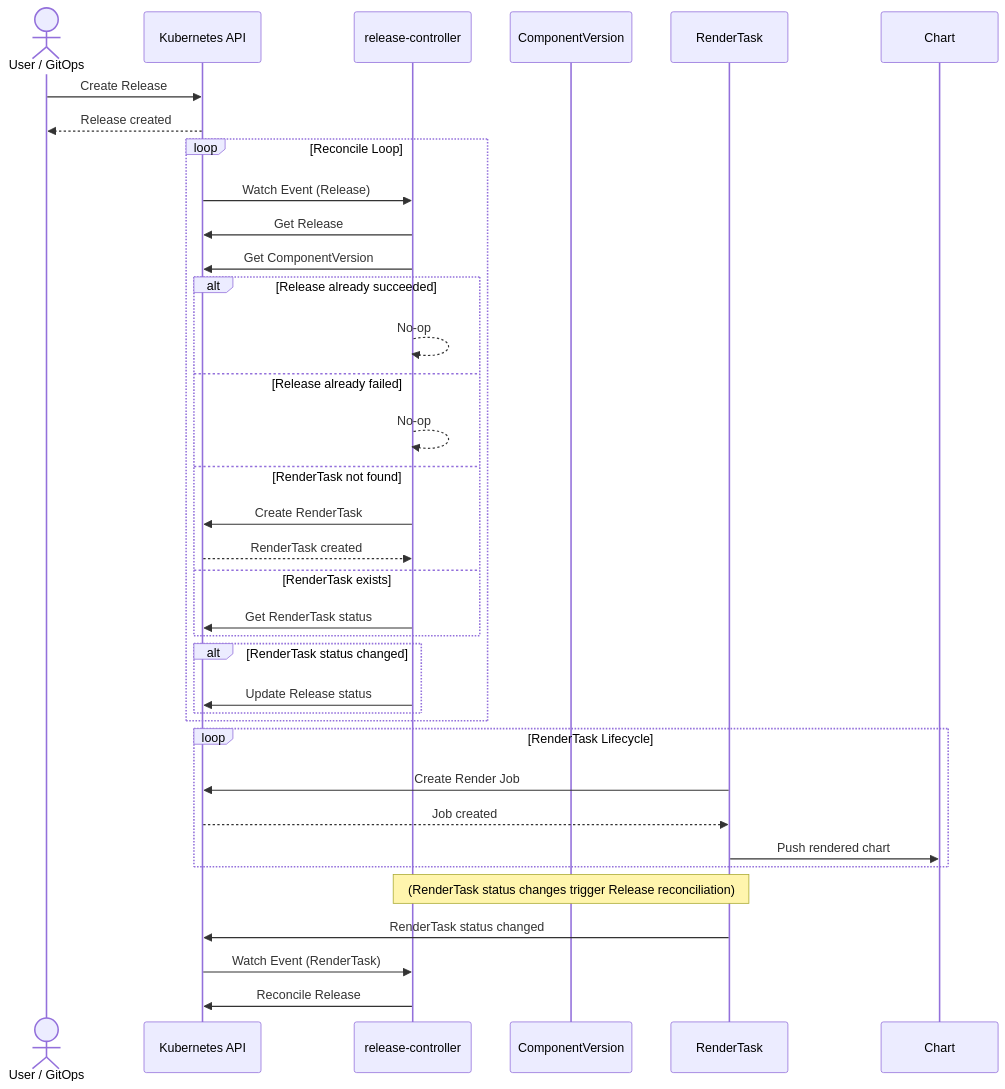
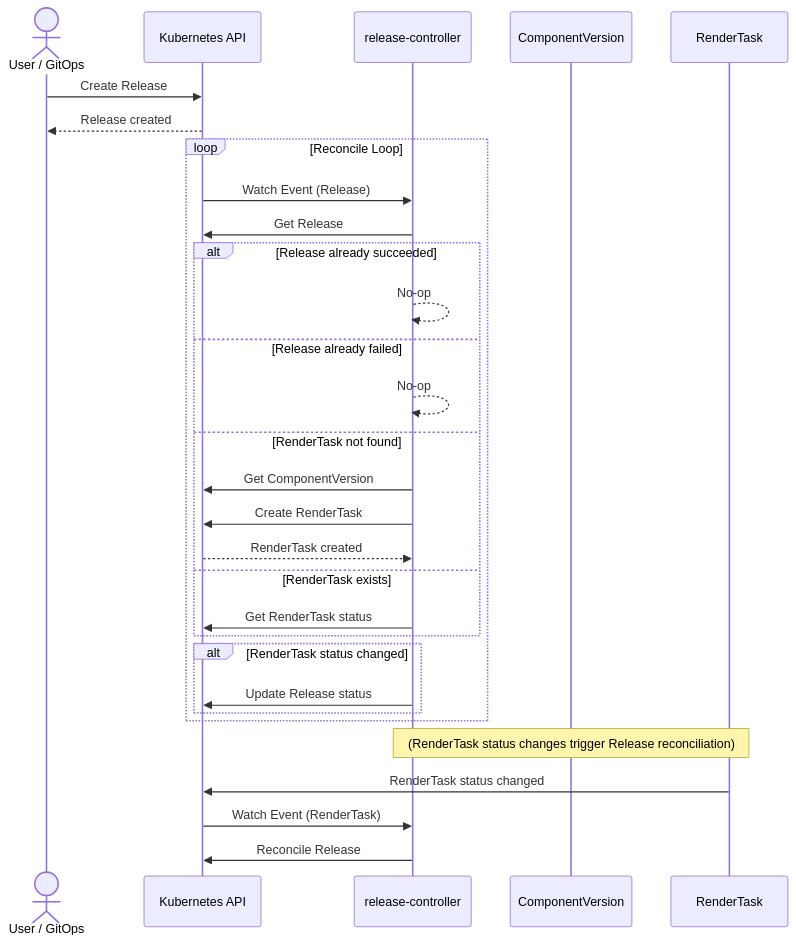
One commit to opendefensecloud/solution-arsenal changed the second of 4 diagrams in docs/developer-guide/release_controller.md. Above: the diagram before and after it, drawn with Mermaid. The commit also changed 6 other files, not shown here.

````diff
--- a/docs/developer-guide/release_controller.md
+++ b/docs/developer-guide/release_controller.md
@@ -33,41 +33,35 @@
 ```mermaid
 sequenceDiagram
     actor U as User / GitOps
     participant K as Kubernetes API
     participant C as release-controller
     participant CV as ComponentVersion
     participant RT as RenderTask
 
     U->>K: Create Release
     K-->>U: Release created
 
     loop Reconcile Loop
         K->>C: Watch Event (Release)
         C->>K: Get Release
-        C->>K: Get ComponentVersion
         alt Release already succeeded
             C-->>C: No-op
         else Release already failed
             C-->>C: No-op
         else RenderTask not found
+            C->>K: Get ComponentVersion
             C->>K: Create RenderTask
             K-->>C: RenderTask created
         else RenderTask exists
             C->>K: Get RenderTask status
         end
         alt RenderTask status changed
             C->>K: Update Release status
         end
     end
 
-    loop RenderTask Lifecycle
-        RT->>K: Create Render Job
-        K-->>RT: Job created
-        RT->>Chart: Push rendered chart
-    end
-
     Note over RT,C: (RenderTask status changes trigger Release reconciliation)
     RT->>K: RenderTask status changed
     K->>C: Watch Event (RenderTask)
     C->>K: Reconcile Release
 ```
````
